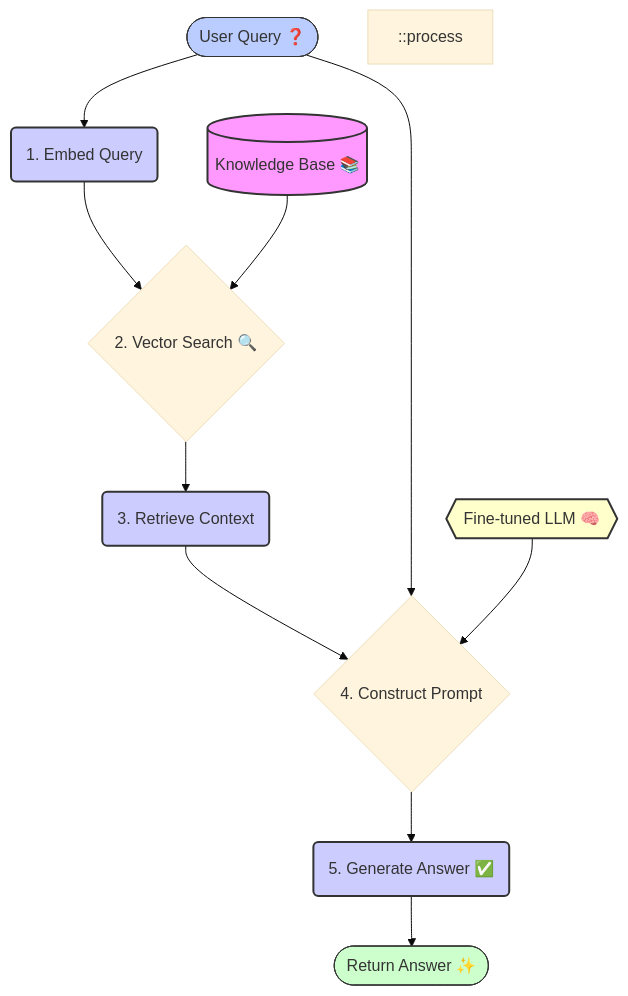
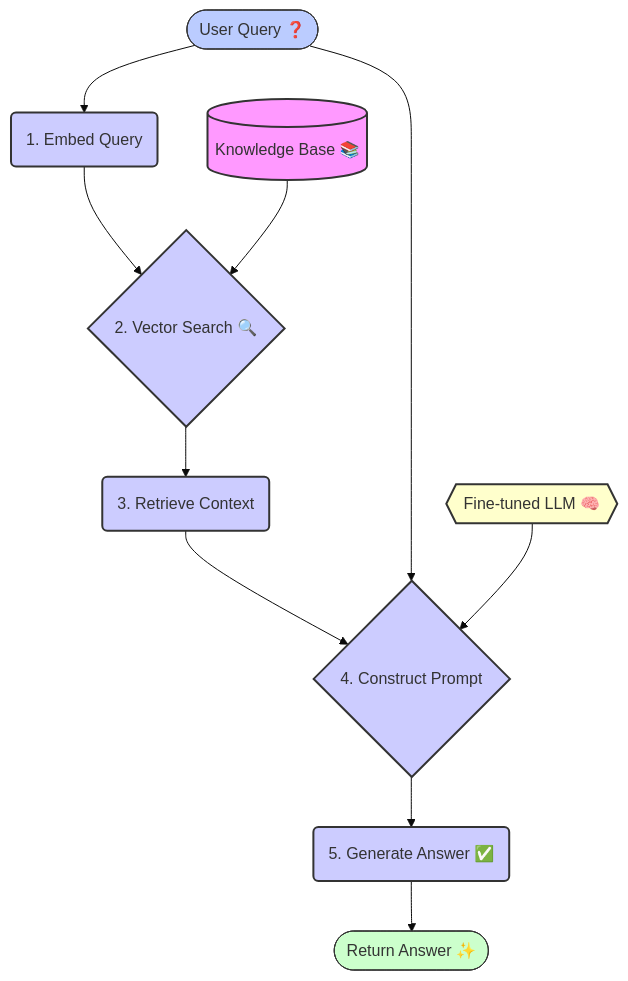
Before and after one commit to MakotoUwu/healthcare-rag: the diagram in README.md, drawn with Mermaid (base theme).

Commit message:
Fix: Correct Mermaid diagram syntax for rendering

````diff
--- a/README.md
+++ b/README.md
@@ -18,18 +18,28 @@
 ```mermaid
 graph TD
     classDef data fill:#f9f,stroke:#333,stroke-width:2px;
     classDef process fill:#ccf,stroke:#333,stroke-width:2px;
     classDef model fill:#ffc,stroke:#333,stroke-width:2px;
     classDef input fill:#bcf,stroke:#333,stroke-width:1px;
     classDef output fill:#cfc,stroke:#333,stroke-width:1px;
 
-    A([User Query ❓]):::input --> B(1. Embed Query):::process;
-    B --> C{2. Vector Search 🔍};::process
-    D[(Knowledge Base 📚)]:::data --> C;
-    C --> E(3. Retrieve Context):::process;
-    E --> F{4. Construct Prompt};::process
+    A([User Query ❓]):::input
+    B(1. Embed Query):::process
+    C{2. Vector Search 🔍}:::process
+    D[(Knowledge Base 📚)]:::data
+    E(3. Retrieve Context):::process
+    F{4. Construct Prompt}:::process
+    G{{Fine-tuned LLM 🧠}}:::model
+    H(5. Generate Answer ✅):::process
+    I([Return Answer ✨]):::output
+
+    A --> B;
+    B --> C;
+    D --> C;
+    C --> E;
+    E --> F;
     A --> F;
-    G{{Fine-tuned LLM 🧠}}:::model --> F;
-    F --> H(5. Generate Answer ✅):::process;
-    H --> I([Return Answer ✨]):::output;
+    G --> F;
+    F --> H;
+    H --> I;
 ```
````
